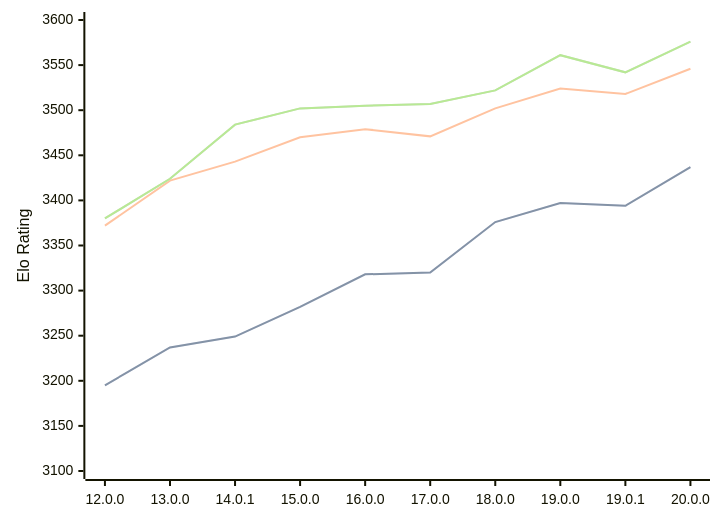
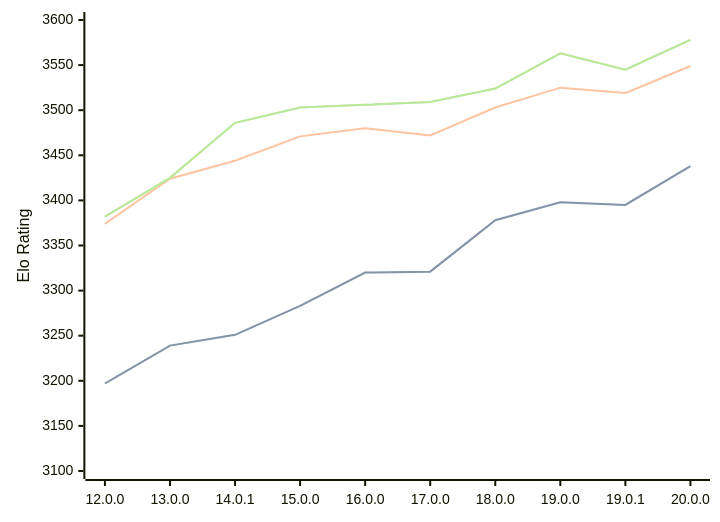
One commit to computer-chess-index/cci changed the diagram in engines/Viridithas.md. Above: the diagram before and after it, drawn with Mermaid. The commit also changed other lines of this file, not shown here.

Commit message:
Update CCI Ratings (ELO VLTC) - 2026-08-09

````diff
--- a/engines/Viridithas.md
+++ b/engines/Viridithas.md
@@ -40,11 +40,11 @@
 ```mermaid
 %%{init: {"theme":"base","themeVariables":{"seriesColors:['#a3a3a3','#222221','#faa371']}}}%%
 xychart-beta
   x-axis ["12.0.0", "13.0.0", "14.0.1", "15.0.0", "16.0.0", "17.0.0", "18.0.0", "19.0.0", "19.0.1", "20.0.0"]
   y-axis "Elo Rating" 3100 --> 3600
-  line "STC (8.0+0.08s)" [3195, 3237, 3249, 3282, 3318, 3320, 3376, 3397, 3394, 3437]
-  line "STC (8.0+0.08s)" [3195, 3237, 3249, 3282, 3318, 3320, 3376, 3397, 3394, 3437]
-  line "LTC (60.0+0.60s)" [3372, 3422, 3443, 3470, 3479, 3471, 3502, 3524, 3518, 3546]
-  line "VLTC (2m24s+1.12s)" [3380, 3424, 3484, 3502, 3505, 3507, 3522, 3561, 3542, 3576]
-  line "VLTC (2m24s+1.12s)" [3380, 3424, 3484, 3502, 3505, 3507, 3522, 3561, 3542, 3576]
+  line "STC (8.0+0.08s)" [3197, 3239, 3251, 3283, 3320, 3321, 3378, 3398, 3395, 3438]
+  line "STC (8.0+0.08s)" [3197, 3239, 3251, 3283, 3320, 3321, 3378, 3398, 3395, 3438]
+  line "LTC (60.0+0.60s)" [3374, 3424, 3444, 3471, 3480, 3472, 3503, 3525, 3519, 3549]
+  line "VLTC (2m24s+1.12s)" [3382, 3425, 3486, 3503, 3506, 3509, 3524, 3563, 3545, 3578]
+  line "VLTC (2m24s+1.12s)" [3382, 3425, 3486, 3503, 3506, 3509, 3524, 3563, 3545, 3578]
 ```
````
